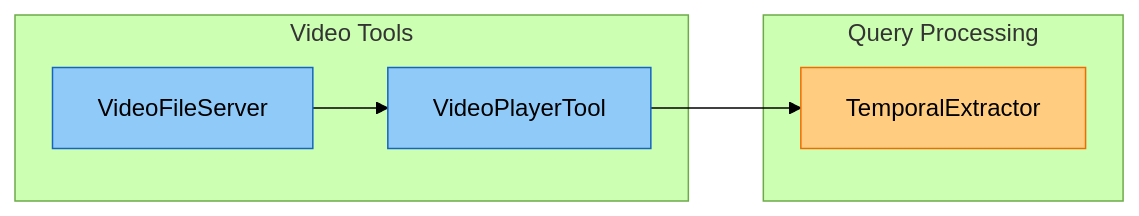
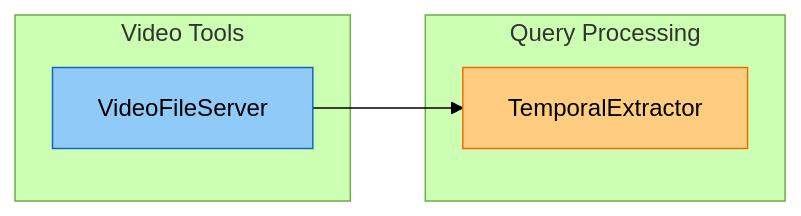
One commit to amit-jain/cogniverse changed diagram 18 of 19 in docs/modules/agents.md. Above: the diagram before and after it, drawn with Mermaid (forest theme). The commit also changed other lines of this file and 11 other files, not shown here.

Commit message:
Remove dead VideoPlayerTool and unused RLM/reranker methods

````diff
--- a/docs/modules/agents.md
+++ b/docs/modules/agents.md
@@ -4591,18 +4590,15 @@
 ```mermaid
 flowchart LR
     subgraph "Video Tools"
         Server["<span style='color:#000'>VideoFileServer</span>"]
-        Player["<span style='color:#000'>VideoPlayerTool</span>"]
     end
 
     subgraph "Query Processing"
         Temporal["<span style='color:#000'>TemporalExtractor</span>"]
     end
 
-    Server --> Player
-    Player --> Temporal
+    Server --> Temporal
 
     style Server fill:#90caf9,stroke:#1565c0,color:#000
-    style Player fill:#90caf9,stroke:#1565c0,color:#000
     style Temporal fill:#ffcc80,stroke:#ef6c00,color:#000
 ```
````
